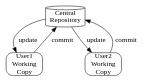
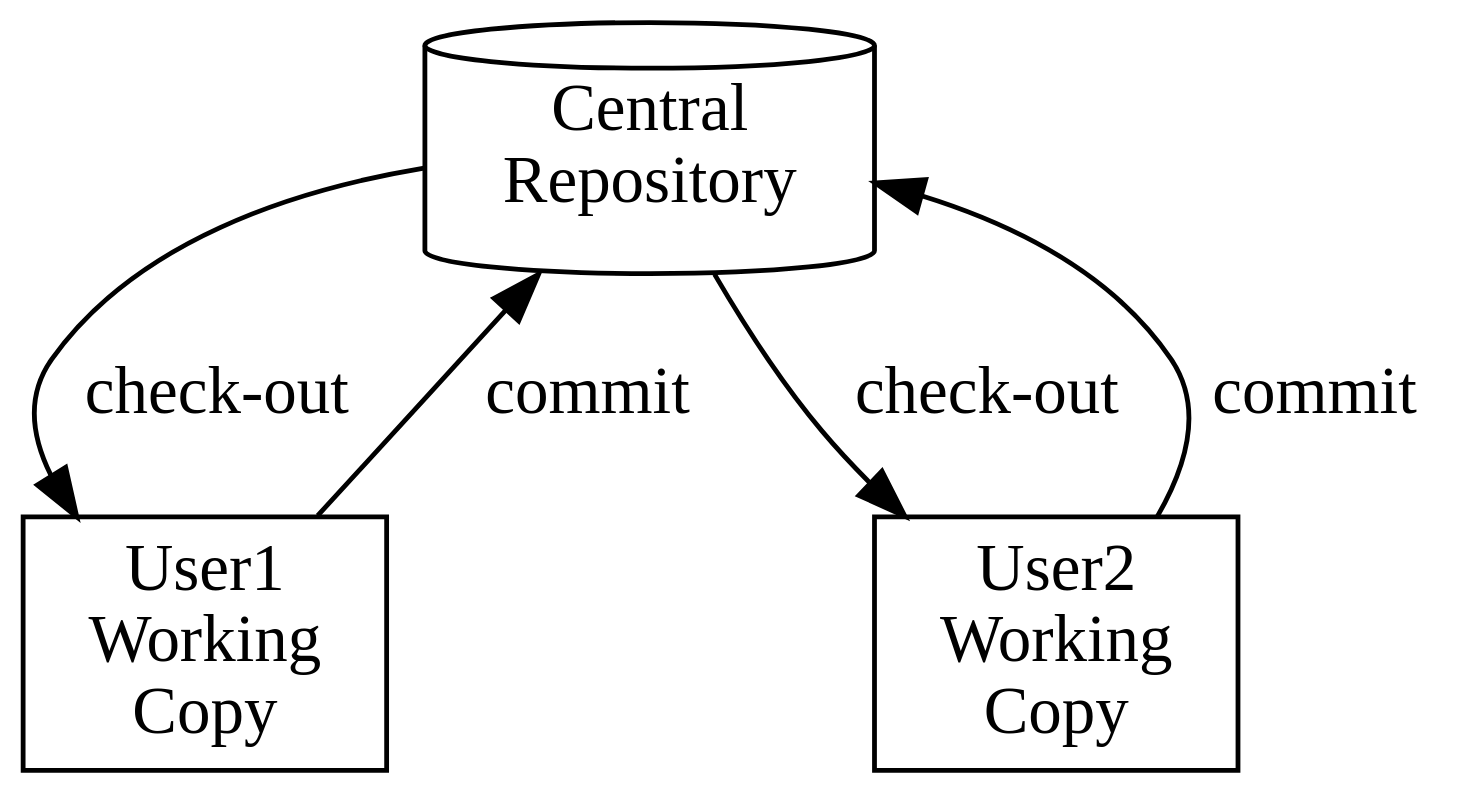
The diagram in assets/img/graphviz/cvcs.dot (greg-hutchinson/git-training), drawn with Graphviz before and after one commit. The commit also changed 17 other files, not shown here.

Commit message:
Updated diagrams

```diff
--- a/assets/img/graphviz/cvcs.dot
+++ b/assets/img/graphviz/cvcs.dot
@@ -1,11 +1,11 @@
-digraph foo {
-  node [style=rounded, width=1, margin="0,0"];
-  Repository [shape=cylinder, label="Central\nRepository" width=1];
-  User1 [shape= rectangle, label="User1\nWorking\nCopy",];
-  User2 [shape= rectangle, label="User2\nWorking\nCopy"];
+digraph cvcs {
+    size="40!"
+    Repository [shape=cylinder, label="Central\nRepository" width=1];
+    User1 [shape= rectangle, label="User1\nWorking\nCopy",];
+    User2 [shape= rectangle, label="User2\nWorking\nCopy"];
 
-  User1 -> Repository [label="commit", labeldistance=3]
-  Repository -> User1 [label="update", labeldistance=3]
-  User2 -> Repository [label="commit", labeldistance=3]
-  Repository -> User2 [label="update", labeldistance=3]
+    User1 -> Repository [label="commit"]
+    Repository -> User1 [label="check-out"]
+    User2 -> Repository [label="commit"]
+    Repository -> User2 [label="check-out"]
 }
```
